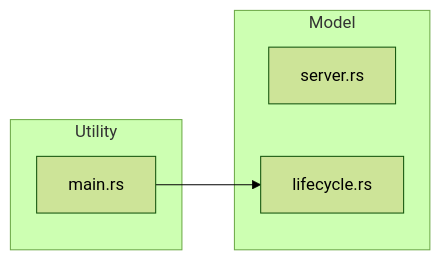
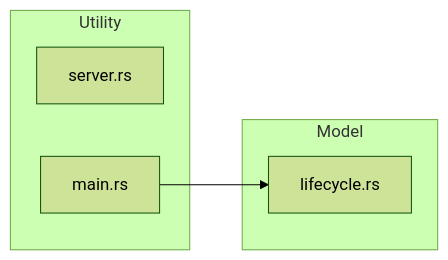
Before and after one commit to Mague/void-stack: the seventh of 8 diagrams in void-stack-analysis.md, drawn with Mermaid (forest theme). The commit also changed other lines of this file and 15 other files, not shown here.

First line of the commit message:
feat(structural): tree-sitter call graph as optional feature

````diff
--- a/void-stack-analysis.md
+++ b/void-stack-analysis.md
@@ -1309,11 +1324,11 @@
 ```mermaid
 graph LR
     subgraph model ["Model"]
-        src_server_rs["server.rs"]
         src_lifecycle_rs["lifecycle.rs"]
     end
     subgraph utility ["Utility"]
+        src_server_rs["server.rs"]
         src_main_rs["main.rs"]
     end
     src_main_rs --> src_lifecycle_rs
 ```
````
